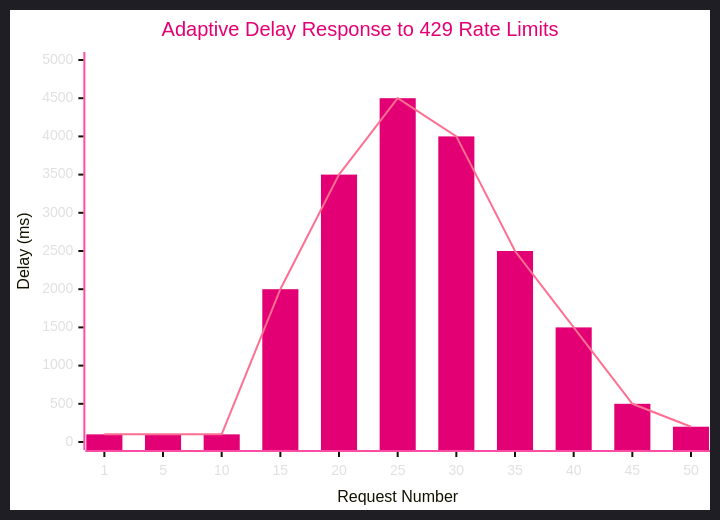
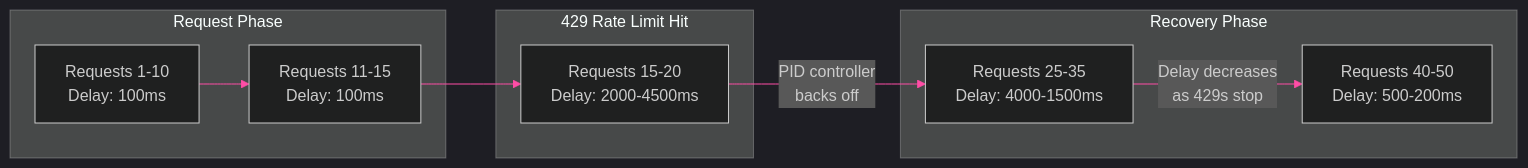
The third of 5 diagrams in documentation/diagrams/operations/metrics-and-analytics.md (jmorrison-juniper/MistHelper), drawn with Mermaid before and after one commit. The commit also changed other lines of this file and 7 other files, not shown here.

Commit message:
fix: convert unsupported Mermaid diagrams to GitHub-compatible types, add hypothesis to container build

````diff
--- a/documentation/diagrams/operations/metrics-and-analytics.md
+++ b/documentation/diagrams/operations/metrics-and-analytics.md
@@ -81,18 +85,27 @@
 ```mermaid
 %%{init: {'theme': 'dark', 'themeVariables': {
-  'xyChart': {
-    'titleColor': '#E20074',
-    'xAxisLabelColor': '#E0E0E0',
-    'yAxisLabelColor': '#E0E0E0',
-    'xAxisLineColor': '#FF4DA6',
-    'yAxisLineColor': '#FF4DA6',
-    'plotColorPalette': '#E20074,#FF6F91,#99004D,#00C853,#FFD600'
-  }
+  'primaryColor': '#E20074',
+  'primaryTextColor': '#E0E0E0',
+  'primaryBorderColor': '#99004D',
+  'lineColor': '#FF4DA6',
+  'secondaryColor': '#16213E',
+  'tertiaryColor': '#1A1A2E',
+  'fontFamily': 'ui-monospace, monospace'
 }}}%%
-xychart-beta
-    title "Adaptive Delay Response to 429 Rate Limits"
-    x-axis "Request Number" [1, 5, 10, 15, 20, 25, 30, 35, 40, 45, 50]
-    y-axis "Delay (ms)" 0 --> 5000
-    bar [100, 100, 100, 2000, 3500, 4500, 4000, 2500, 1500, 500, 200]
-    line [100, 100, 100, 2000, 3500, 4500, 4000, 2500, 1500, 500, 200]
+flowchart LR
+    subgraph input["Request Phase"]
+        R1["Requests 1-10<br/>Delay: 100ms"]
+        R2["Requests 11-15<br/>Delay: 100ms"]
+    end
+
+    subgraph spike["429 Rate Limit Hit"]
+        R3["Requests 15-20<br/>Delay: 2000-4500ms"]
+    end
+
+    subgraph recovery["Recovery Phase"]
+        R4["Requests 25-35<br/>Delay: 4000-1500ms"]
+        R5["Requests 40-50<br/>Delay: 500-200ms"]
+    end
+
+    R1 --> R2 --> R3 -->|"PID controller<br/>backs off"| R4 -->|"Delay decreases<br/>as 429s stop"| R5
 ```
````
